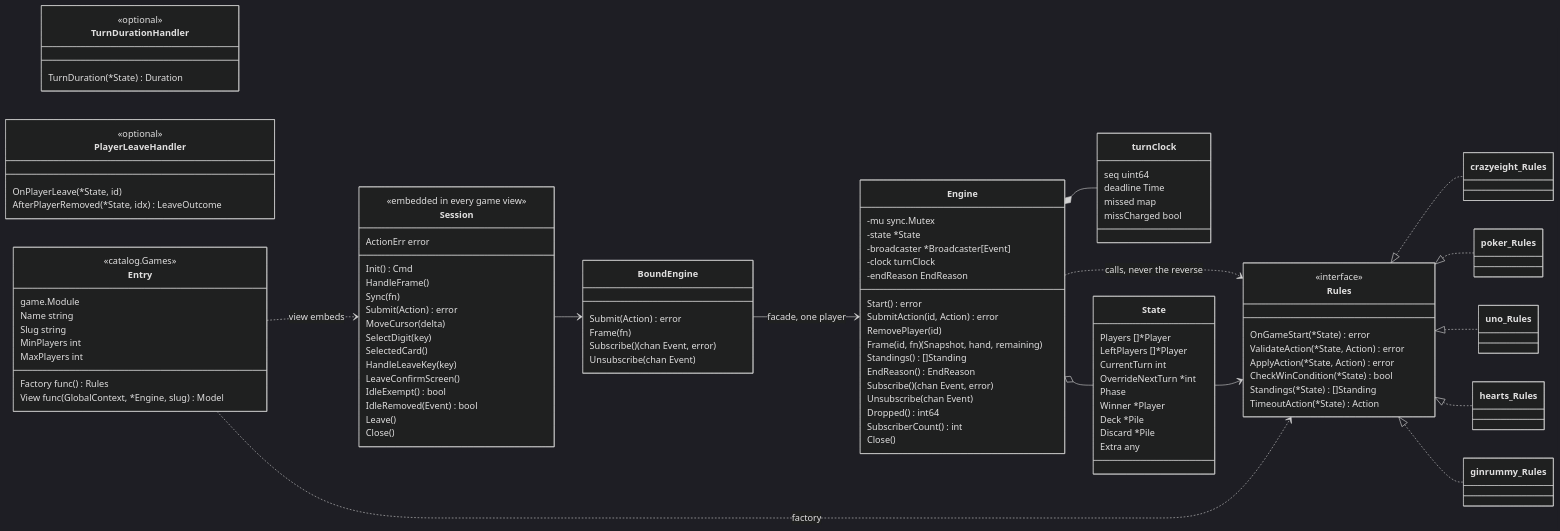
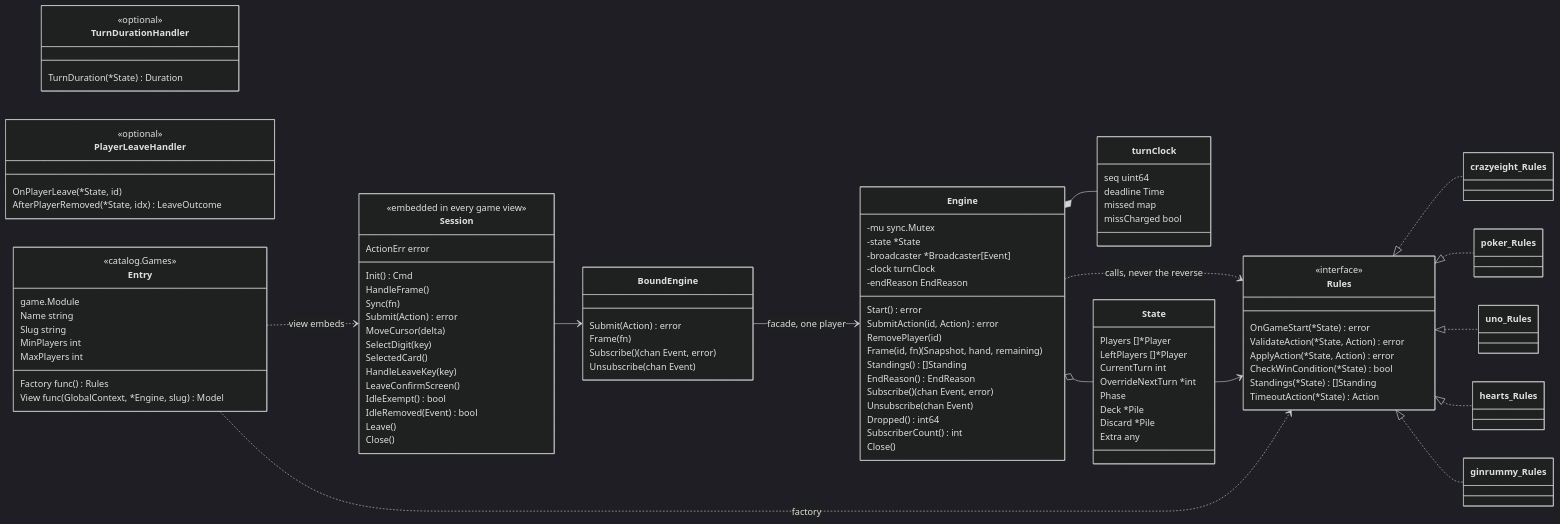
Before and after one commit to Pieczasz/tty-cards: the tenth of 11 diagrams in docs/codebase-map.md, drawn with Mermaid (dark theme). The commit also changed 8 other files, not shown here.

```diff
--- a/docs/codebase-map.md
+++ b/docs/codebase-map.md
@@ -394,7 +394,6 @@
         CurrentTurn int
         OverrideNextTurn *int
         Phase
-        Winner *Player
         Deck *Pile
         Discard *Pile
         Extra any
```
